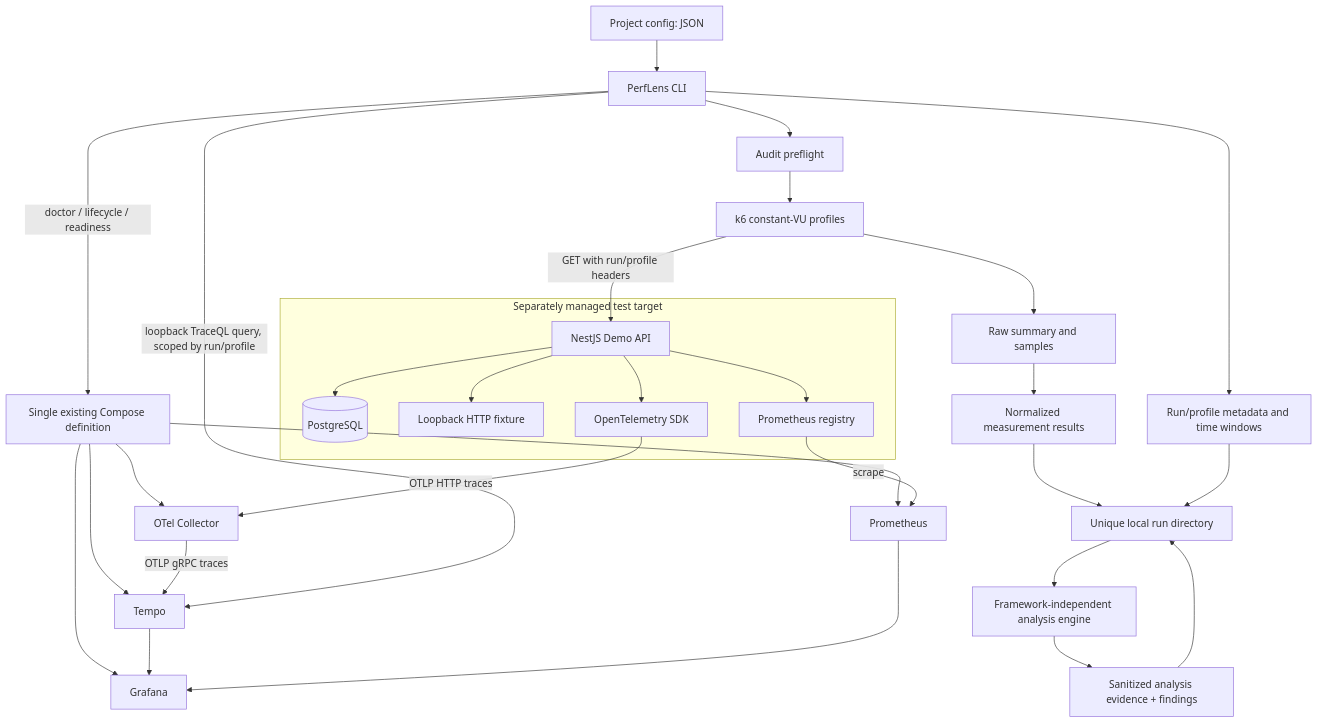
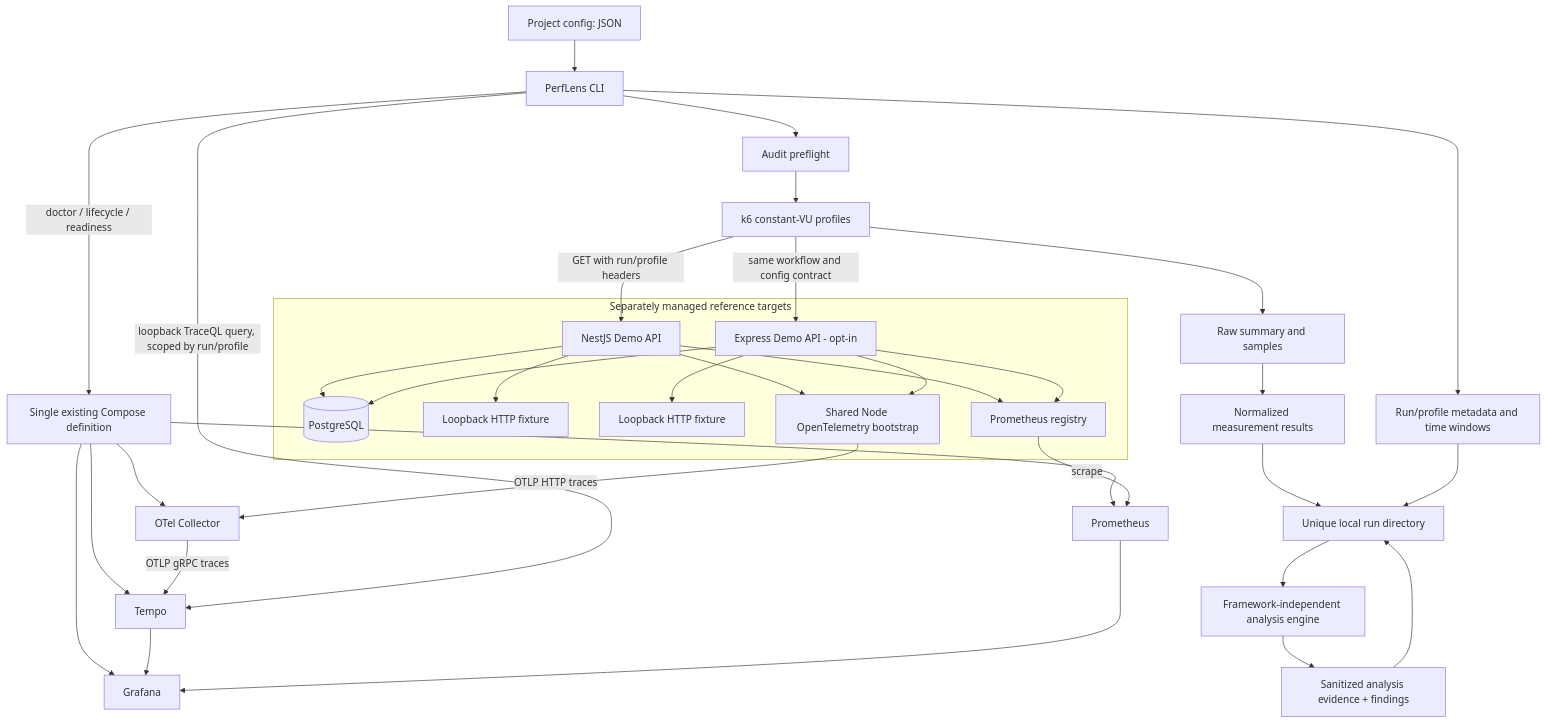
The first of 2 diagrams in docs/architecture/architecture.md (rahad123/perflens), drawn with Mermaid before and after one commit. The commit also changed other lines of this file and 2 other files, not shown here.

Commit message:
feat: enhance architecture documentation and add Express integration details

````diff
--- a/docs/architecture/architecture.md
+++ b/docs/architecture/architecture.md
@@ -7,32 +7,37 @@
 ```mermaid
 flowchart TB
     Config[Project config: JSON] --> CLI[PerfLens CLI]
     CLI -->|doctor / lifecycle / readiness| Compose[Single existing Compose definition]
     Compose --> Collector[OTel Collector]
     Compose --> Tempo[Tempo]
     Compose --> Prometheus[Prometheus]
     Compose --> Grafana[Grafana]
-    subgraph Target[Separately managed test target]
+    subgraph Targets[Separately managed reference targets]
         API[NestJS Demo API] --> DB[(PostgreSQL)]
+        Express[Express Demo API - opt-in] --> DB
         API --> External[Loopback HTTP fixture]
-        API --> SDK[OpenTelemetry SDK]
+        Express --> ExpressDep[Loopback HTTP fixture]
+        API --> SDK[Shared Node OpenTelemetry bootstrap]
+        Express --> SDK
         API --> Metrics[Prometheus registry]
+        Express --> Metrics
     end
     SDK -->|OTLP HTTP traces| Collector
     Collector -->|OTLP gRPC traces| Tempo
     Metrics -->|scrape| Prometheus
     Tempo --> Grafana
     Prometheus --> Grafana
     CLI --> Preflight[Audit preflight]
     Preflight --> k6[k6 constant-VU profiles]
     k6 -->|GET with run/profile headers| API
+    k6 -->|same workflow and config contract| Express
     k6 --> Raw[Raw summary and samples]
     Raw --> Results[Normalized measurement results]
     CLI --> Windows[Run/profile metadata and time windows]
     Results --> Runs[Unique local run directory]
     Windows --> Runs
     CLI -->|loopback TraceQL query, scoped by run/profile| Tempo
     Runs --> Analysis[Framework-independent analysis engine]
     Analysis --> Evidence[Sanitized analysis evidence + findings]
     Evidence --> Runs
 ```
````
